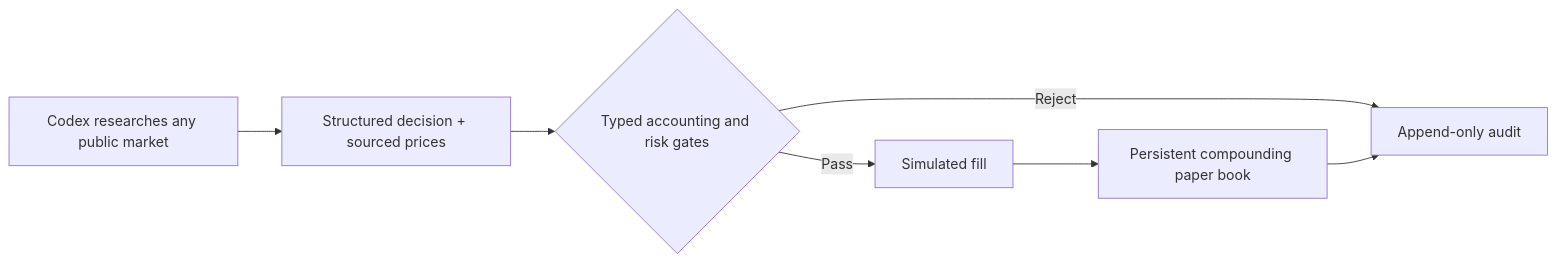
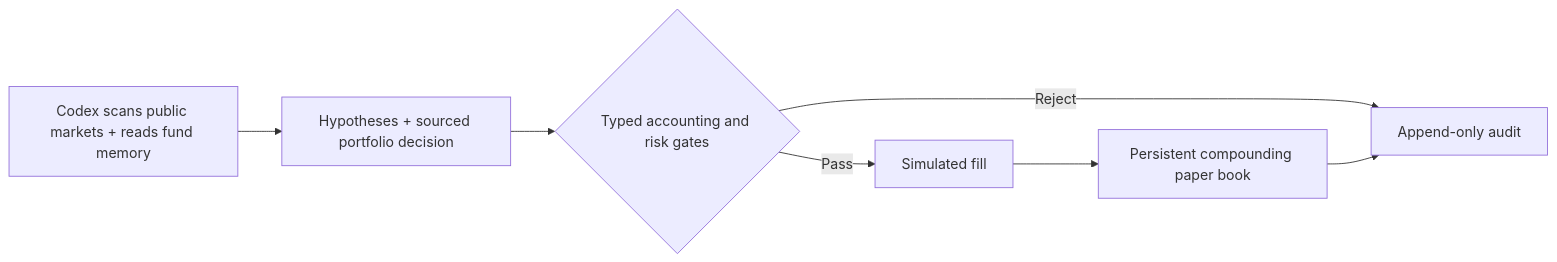
Before and after one commit to Amadeus415/agentic_trading: the diagram in README.md, drawn with Mermaid. The commit also changed other lines of this file and 7 other files, not shown here.

````diff
--- a/README.md
+++ b/README.md
@@ -25,9 +25,9 @@
 ```mermaid
 flowchart LR
-    C["Codex researches any public market"] --> D["Structured decision + sourced prices"]
+    C["Codex scans public markets + reads fund memory"] --> D["Hypotheses + sourced portfolio decision"]
     D --> G{"Typed accounting and risk gates"}
     G -->|Reject| A["Append-only audit"]
     G -->|Pass| P["Simulated fill"]
     P --> B["Persistent compounding paper book"]
     B --> A
 ```
````
